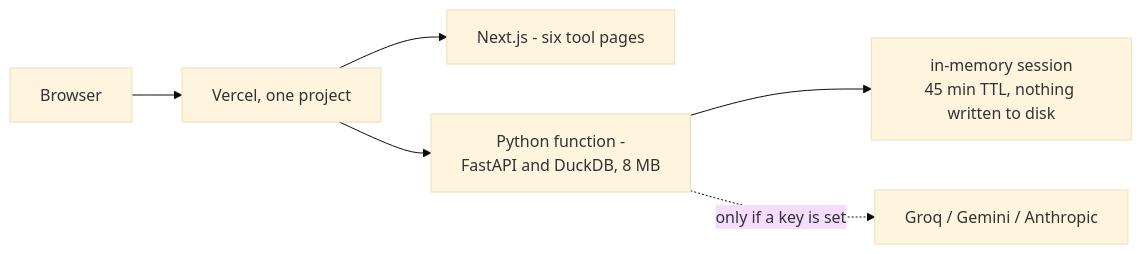
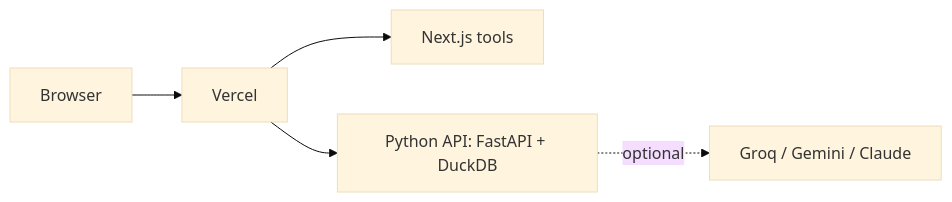
Before and after one commit to CaptainAni187/residual: the second of 2 diagrams in README.md, drawn with Mermaid (base theme). The commit also changed other lines of this file, not shown here.

````diff
--- a/README.md
+++ b/README.md
@@ -550,8 +50,7 @@
 ```mermaid
 flowchart LR
-  BR["Browser"] --> VER["Vercel, one project"]
-  VER --> NXT["Next.js - six tool pages"]
-  VER --> FN["Python function -<br/>FastAPI and DuckDB, 8 MB"]
-  FN --> SES["in-memory session<br/>45 min TTL, nothing written to disk"]
-  FN -. only if a key is set .-> LLM["Groq / Gemini / Anthropic"]
+  B["Browser"] --> V["Vercel"]
+  V --> N["Next.js tools"]
+  V --> API["Python API: FastAPI + DuckDB"]
+  API -. optional .-> M["Groq / Gemini / Claude"]
 ```
````
